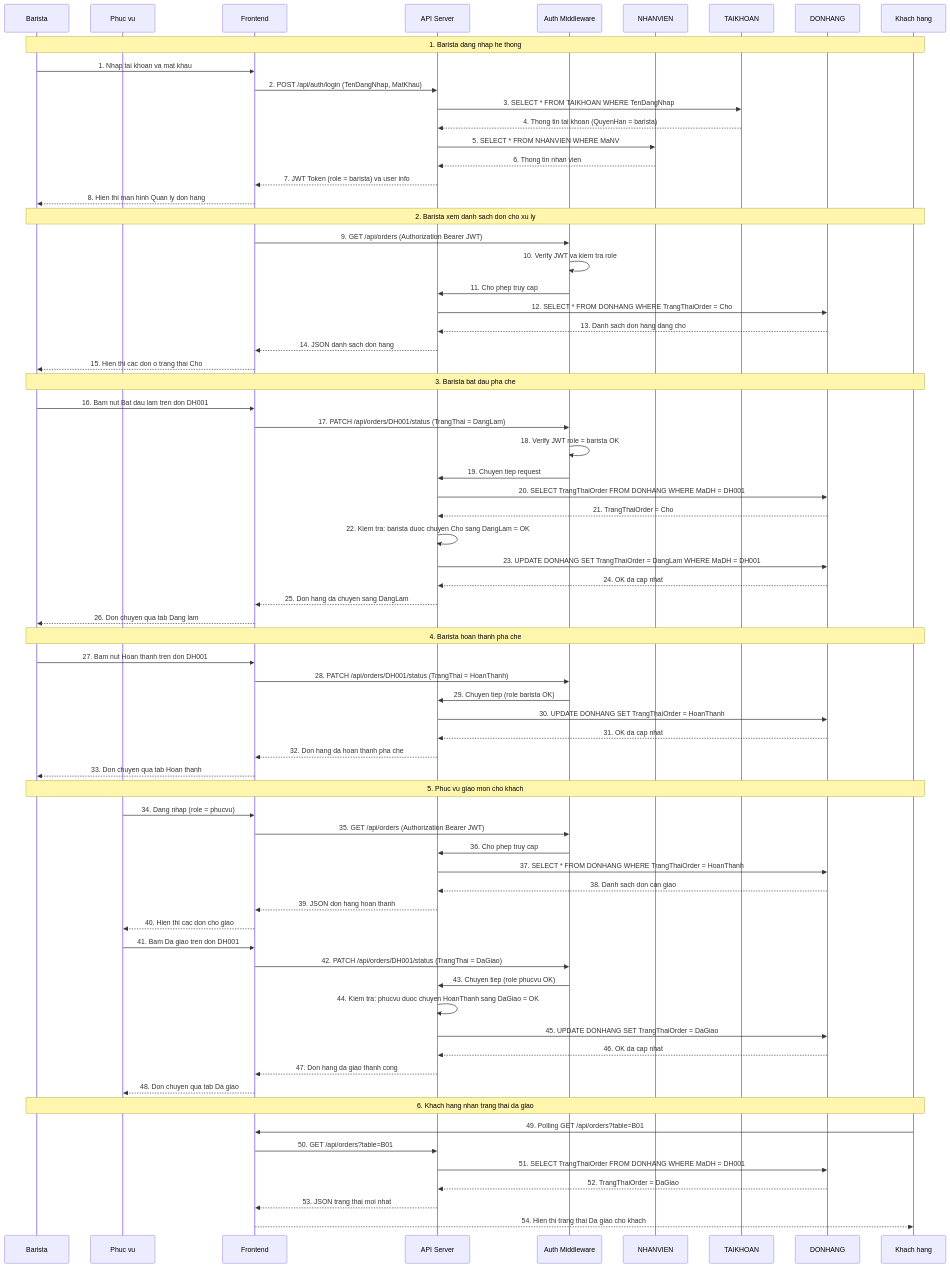
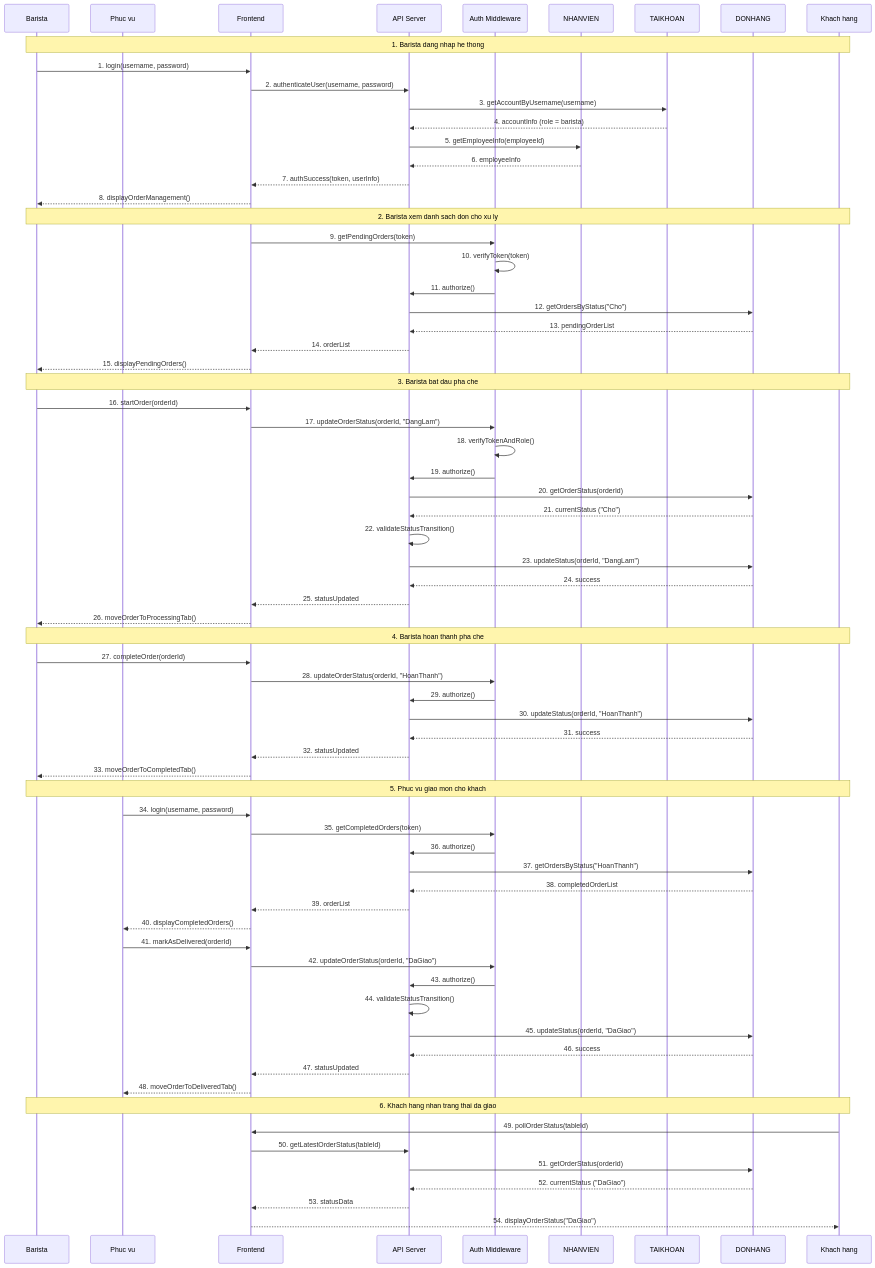
Before and after one commit to tahpnart8/demo-pttkht-Nhom2IT0001: the seventh of 10 diagrams in docs/so-do-he-thong.md, drawn with Mermaid. The commit also changed other lines of this file, not shown here.

Commit message:
Sửa lại sơ đồ sequence

````diff
--- a/docs/so-do-he-thong.md
+++ b/docs/so-do-he-thong.md
@@ -292,78 +292,78 @@
 ```mermaid
 sequenceDiagram
     participant BA as Barista
     participant PV as Phuc vu
     participant FE as Frontend
     participant API as API Server
     participant MW as Auth Middleware
     participant NV as NHANVIEN
     participant TK as TAIKHOAN
     participant DH as DONHANG
     participant KH as Khach hang
 
     Note over BA,KH: 1. Barista dang nhap he thong
-    BA->>FE: 1. Nhap tai khoan va mat khau
-    FE->>API: 2. POST /api/auth/login (TenDangNhap, MatKhau)
-    API->>TK: 3. SELECT * FROM TAIKHOAN WHERE TenDangNhap
-    TK-->>API: 4. Thong tin tai khoan (QuyenHan = barista)
-    API->>NV: 5. SELECT * FROM NHANVIEN WHERE MaNV
-    NV-->>API: 6. Thong tin nhan vien
-    API-->>FE: 7. JWT Token (role = barista) va user info
-    FE-->>BA: 8. Hien thi man hinh Quan ly don hang
+    BA->>FE: 1. login(username, password)
+    FE->>API: 2. authenticateUser(username, password)
+    API->>TK: 3. getAccountByUsername(username)
+    TK-->>API: 4. accountInfo (role = barista)
+    API->>NV: 5. getEmployeeInfo(employeeId)
+    NV-->>API: 6. employeeInfo
+    API-->>FE: 7. authSuccess(token, userInfo)
+    FE-->>BA: 8. displayOrderManagement()
 
     Note over BA,KH: 2. Barista xem danh sach don cho xu ly
-    FE->>MW: 9. GET /api/orders (Authorization Bearer JWT)
-    MW->>MW: 10. Verify JWT va kiem tra role
-    MW->>API: 11. Cho phep truy cap
-    API->>DH: 12. SELECT * FROM DONHANG WHERE TrangThaiOrder = Cho
-    DH-->>API: 13. Danh sach don hang dang cho
-    API-->>FE: 14. JSON danh sach don hang
-    FE-->>BA: 15. Hien thi cac don o trang thai Cho
+    FE->>MW: 9. getPendingOrders(token)
+    MW->>MW: 10. verifyToken(token)
+    MW->>API: 11. authorize()
+    API->>DH: 12. getOrdersByStatus("Cho")
+    DH-->>API: 13. pendingOrderList
+    API-->>FE: 14. orderList
+    FE-->>BA: 15. displayPendingOrders()
 
     Note over BA,KH: 3. Barista bat dau pha che
-    BA->>FE: 16. Bam nut Bat dau lam tren don DH001
-    FE->>MW: 17. PATCH /api/orders/DH001/status (TrangThai = DangLam)
-    MW->>MW: 18. Verify JWT role = barista OK
-    MW->>API: 19. Chuyen tiep request
-    API->>DH: 20. SELECT TrangThaiOrder FROM DONHANG WHERE MaDH = DH001
-    DH-->>API: 21. TrangThaiOrder = Cho
-    API->>API: 22. Kiem tra: barista duoc chuyen Cho sang DangLam = OK
-    API->>DH: 23. UPDATE DONHANG SET TrangThaiOrder = DangLam WHERE MaDH = DH001
-    DH-->>API: 24. OK da cap nhat
-    API-->>FE: 25. Don hang da chuyen sang DangLam
-    FE-->>BA: 26. Don chuyen qua tab Dang lam
+    BA->>FE: 16. startOrder(orderId)
+    FE->>MW: 17. updateOrderStatus(orderId, "DangLam")
+    MW->>MW: 18. verifyTokenAndRole()
+    MW->>API: 19. authorize()
+    API->>DH: 20. getOrderStatus(orderId)
+    DH-->>API: 21. currentStatus ("Cho")
+    API->>API: 22. validateStatusTransition()
+    API->>DH: 23. updateStatus(orderId, "DangLam")
+    DH-->>API: 24. success
+    API-->>FE: 25. statusUpdated
+    FE-->>BA: 26. moveOrderToProcessingTab()
 
     Note over BA,KH: 4. Barista hoan thanh pha che
-    BA->>FE: 27. Bam nut Hoan thanh tren don DH001
-    FE->>MW: 28. PATCH /api/orders/DH001/status (TrangThai = HoanThanh)
-    MW->>API: 29. Chuyen tiep (role barista OK)
-    API->>DH: 30. UPDATE DONHANG SET TrangThaiOrder = HoanThanh
-    DH-->>API: 31. OK da cap nhat
-    API-->>FE: 32. Don hang da hoan thanh pha che
-    FE-->>BA: 33. Don chuyen qua tab Hoan thanh
+    BA->>FE: 27. completeOrder(orderId)
+    FE->>MW: 28. updateOrderStatus(orderId, "HoanThanh")
+    MW->>API: 29. authorize()
+    API->>DH: 30. updateStatus(orderId, "HoanThanh")
+    DH-->>API: 31. success
+    API-->>FE: 32. statusUpdated
+    FE-->>BA: 33. moveOrderToCompletedTab()
 
     Note over BA,KH: 5. Phuc vu giao mon cho khach
-    PV->>FE: 34. Dang nhap (role = phucvu)
-    FE->>MW: 35. GET /api/orders (Authorization Bearer JWT)
-    MW->>API: 36. Cho phep truy cap
-    API->>DH: 37. SELECT * FROM DONHANG WHERE TrangThaiOrder = HoanThanh
-    DH-->>API: 38. Danh sach don can giao
-    API-->>FE: 39. JSON don hang hoan thanh
-    FE-->>PV: 40. Hien thi cac don cho giao
-    PV->>FE: 41. Bam Da giao tren don DH001
-    FE->>MW: 42. PATCH /api/orders/DH001/status (TrangThai = DaGiao)
-    MW->>API: 43. Chuyen tiep (role phucvu OK)
-    API->>API: 44. Kiem tra: phucvu duoc chuyen HoanThanh sang DaGiao = OK
-    API->>DH: 45. UPDATE DONHANG SET TrangThaiOrder = DaGiao
-    DH-->>API: 46. OK da cap nhat
-    API-->>FE: 47. Don hang da giao thanh cong
-    FE-->>PV: 48. Don chuyen qua tab Da giao
+    PV->>FE: 34. login(username, password)
+    FE->>MW: 35. getCompletedOrders(token)
+    MW->>API: 36. authorize()
+    API->>DH: 37. getOrdersByStatus("HoanThanh")
+    DH-->>API: 38. completedOrderList
+    API-->>FE: 39. orderList
+    FE-->>PV: 40. displayCompletedOrders()
+    PV->>FE: 41. markAsDelivered(orderId)
+    FE->>MW: 42. updateOrderStatus(orderId, "DaGiao")
+    MW->>API: 43. authorize()
+    API->>API: 44. validateStatusTransition()
+    API->>DH: 45. updateStatus(orderId, "DaGiao")
+    DH-->>API: 46. success
+    API-->>FE: 47. statusUpdated
+    FE-->>PV: 48. moveOrderToDeliveredTab()
 
     Note over BA,KH: 6. Khach hang nhan trang thai da giao
-    KH->>FE: 49. Polling GET /api/orders?table=B01
-    FE->>API: 50. GET /api/orders?table=B01
-    API->>DH: 51. SELECT TrangThaiOrder FROM DONHANG WHERE MaDH = DH001
-    DH-->>API: 52. TrangThaiOrder = DaGiao
-    API-->>FE: 53. JSON trang thai moi nhat
-    FE-->>KH: 54. Hien thi trang thai Da giao cho khach
+    KH->>FE: 49. pollOrderStatus(tableId)
+    FE->>API: 50. getLatestOrderStatus(tableId)
+    API->>DH: 51. getOrderStatus(orderId)
+    DH-->>API: 52. currentStatus ("DaGiao")
+    API-->>FE: 53. statusData
+    FE-->>KH: 54. displayOrderStatus("DaGiao")
 ```
````
